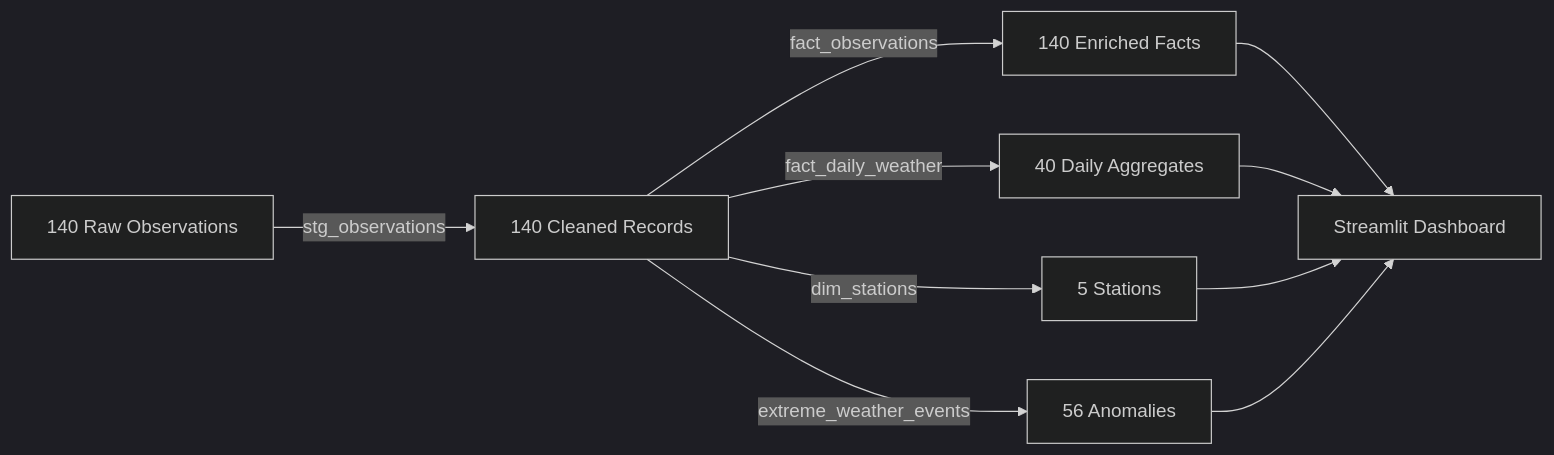
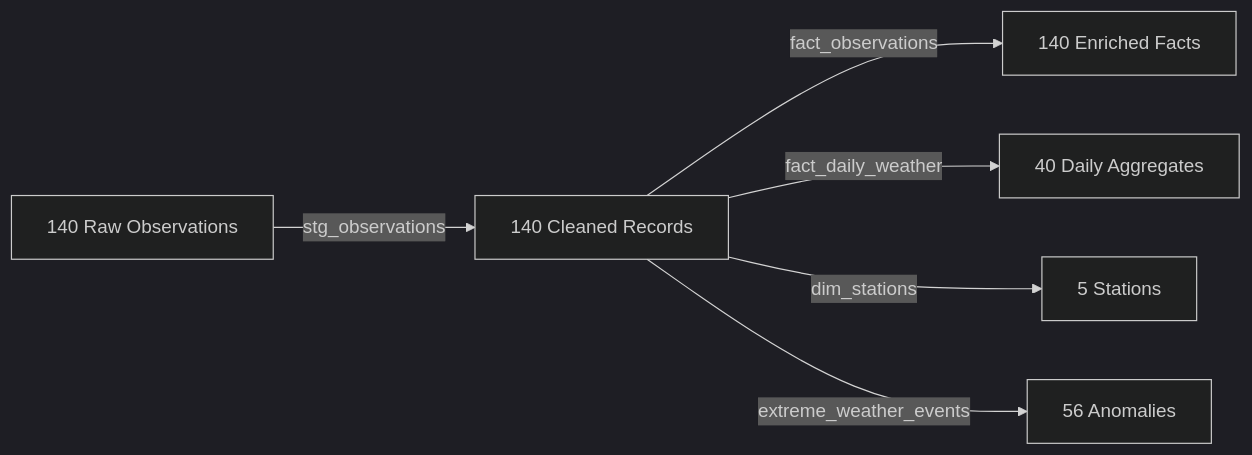
One commit to data-ai-stockholm/duckdb-dbt changed the second of 2 diagrams in README.md. Above: the diagram before and after it, drawn with Mermaid (dark theme). The commit also changed other lines of this file and 4 other files, not shown here.

First line of the commit message:
chore: remove Streamlit — dashboard misrepresented the actual stack

````diff
--- a/README.md
+++ b/README.md
@@ -69,9 +67,8 @@
 ```mermaid
 flowchart LR
     A[140 Raw Observations] -->|stg_observations| B[140 Cleaned Records]
     B -->|fact_observations| C[140 Enriched Facts]
     B -->|fact_daily_weather| D[40 Daily Aggregates]
     B -->|dim_stations| E[5 Stations]
     B -->|extreme_weather_events| F[56 Anomalies]
-    C & D & E & F --> G[Streamlit Dashboard]
 ```
````
